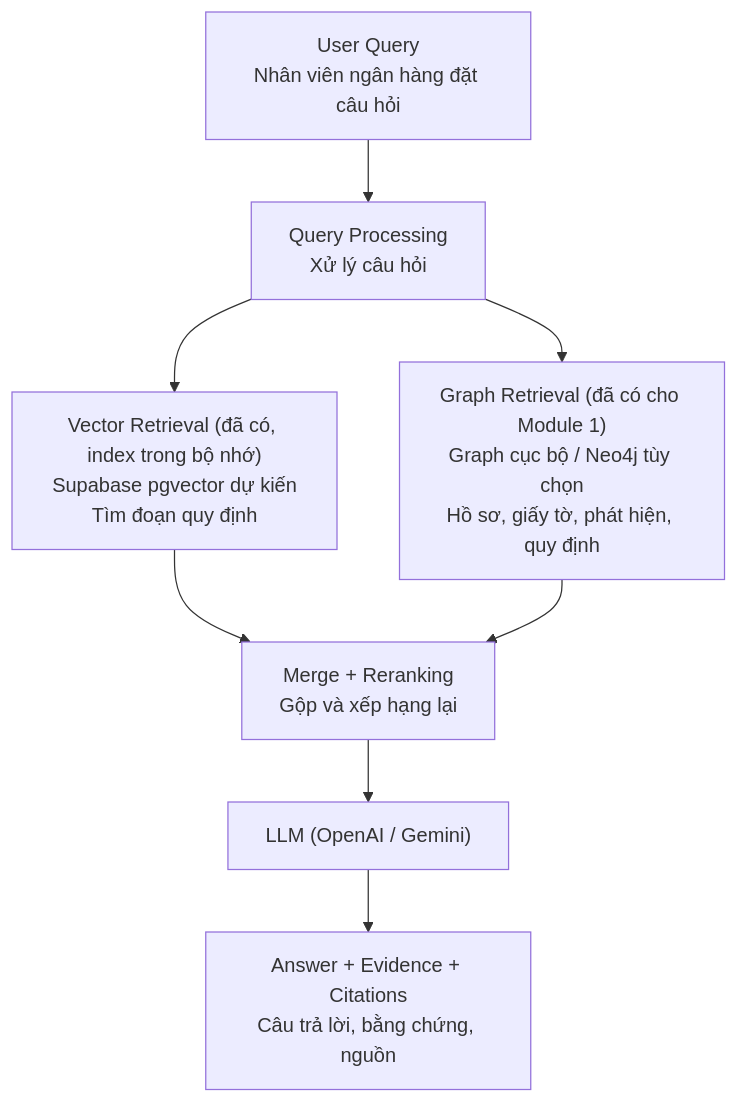
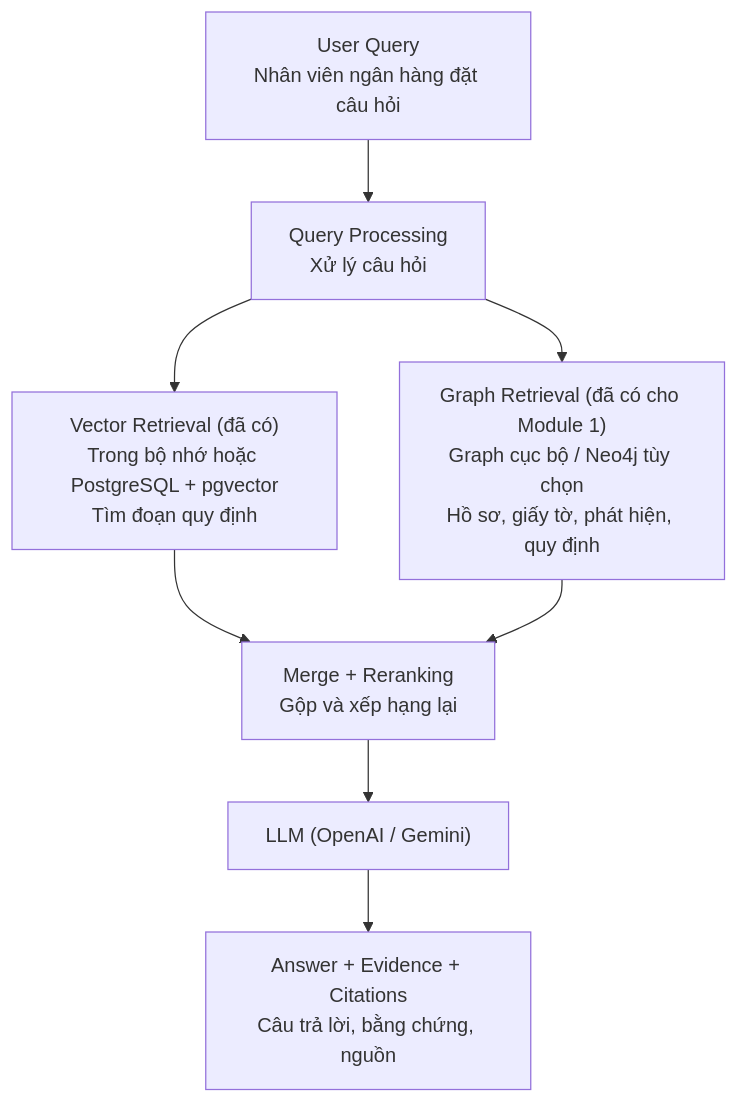
Before and after one commit to ydangishere/dev-projects: the second of 2 diagrams in mms-ai-checker/README.vi.md, drawn with Mermaid. The commit also changed other lines of this file and 37 other files, not shown here.

````diff
--- a/mms-ai-checker/README.vi.md
+++ b/mms-ai-checker/README.vi.md
@@ -166,10 +184,10 @@
 ```mermaid
 flowchart TB
     Q["User Query<br/>Nhân viên ngân hàng đặt câu hỏi"] --> P["Query Processing<br/>Xử lý câu hỏi"]
-    P --> V["Vector Retrieval (đã có, index trong bộ nhớ)<br/>Supabase pgvector dự kiến<br/>Tìm đoạn quy định"]
+    P --> V["Vector Retrieval (đã có)<br/>Trong bộ nhớ hoặc PostgreSQL + pgvector<br/>Tìm đoạn quy định"]
     P --> G["Graph Retrieval (đã có cho Module 1)<br/>Graph cục bộ / Neo4j tùy chọn<br/>Hồ sơ, giấy tờ, phát hiện, quy định"]
     V --> M["Merge + Reranking<br/>Gộp và xếp hạng lại"]
     G --> M
     M --> L["LLM (OpenAI / Gemini)"]
     L --> A["Answer + Evidence + Citations<br/>Câu trả lời, bằng chứng, nguồn"]
 ```
````
